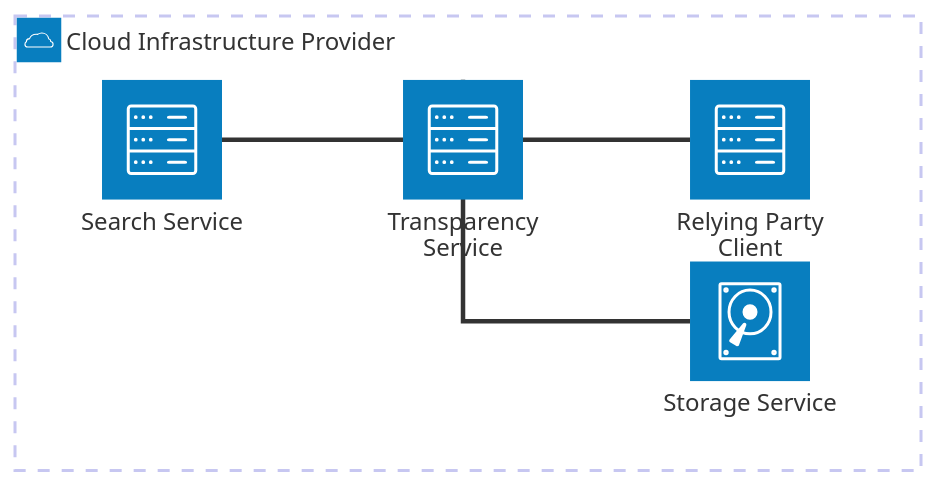
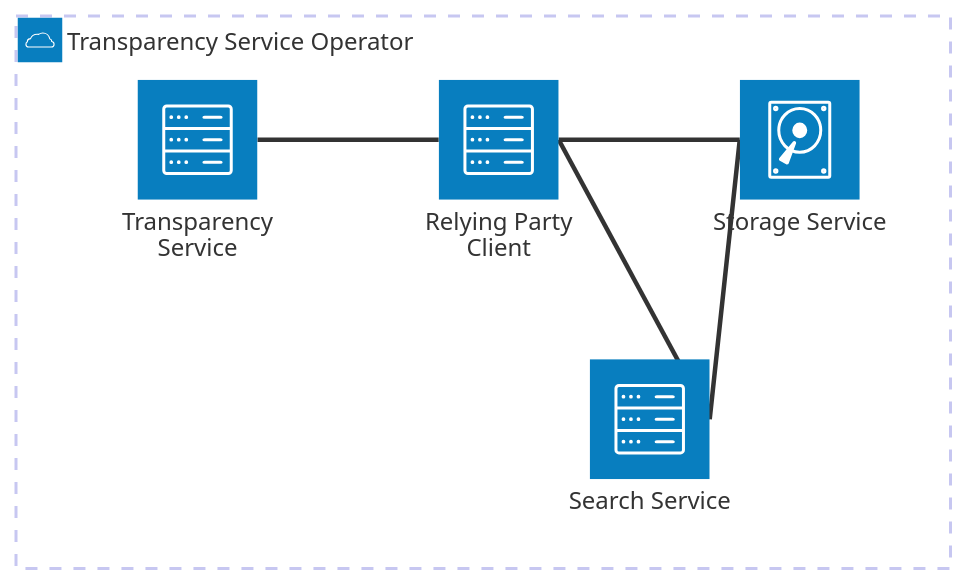
The diagram in docs/arch_provider-only.mmd (aj-stein/conmotion), drawn with Mermaid before and after one commit.

Commit message:
Fix component diagram

```diff
--- a/docs/arch_provider-only.mmd
+++ b/docs/arch_provider-only.mmd
@@ -1,11 +1,12 @@
 architecture-beta
-    group provider(cloud)[Cloud Infrastructure Provider]
+    group provider(cloud)[Transparency Service Operator]
 
     service provider_storage(disk)[Storage Service] in provider
     service provider_tscore(server)[Transparency Service] in provider
     service provider_search(server)[Search Service] in provider
     service provider_rp(server)[Relying Party Client] in provider
 
-    provider_tscore:T -- L:provider_storage
-    provider_tscore:L -- R:provider_search
+    provider_storage:L -- R:provider_search
     provider_tscore:R -- L:provider_rp
+    provider_storage:L -- R:provider_rp
+    provider_search:R -- R:provider_rp
```
